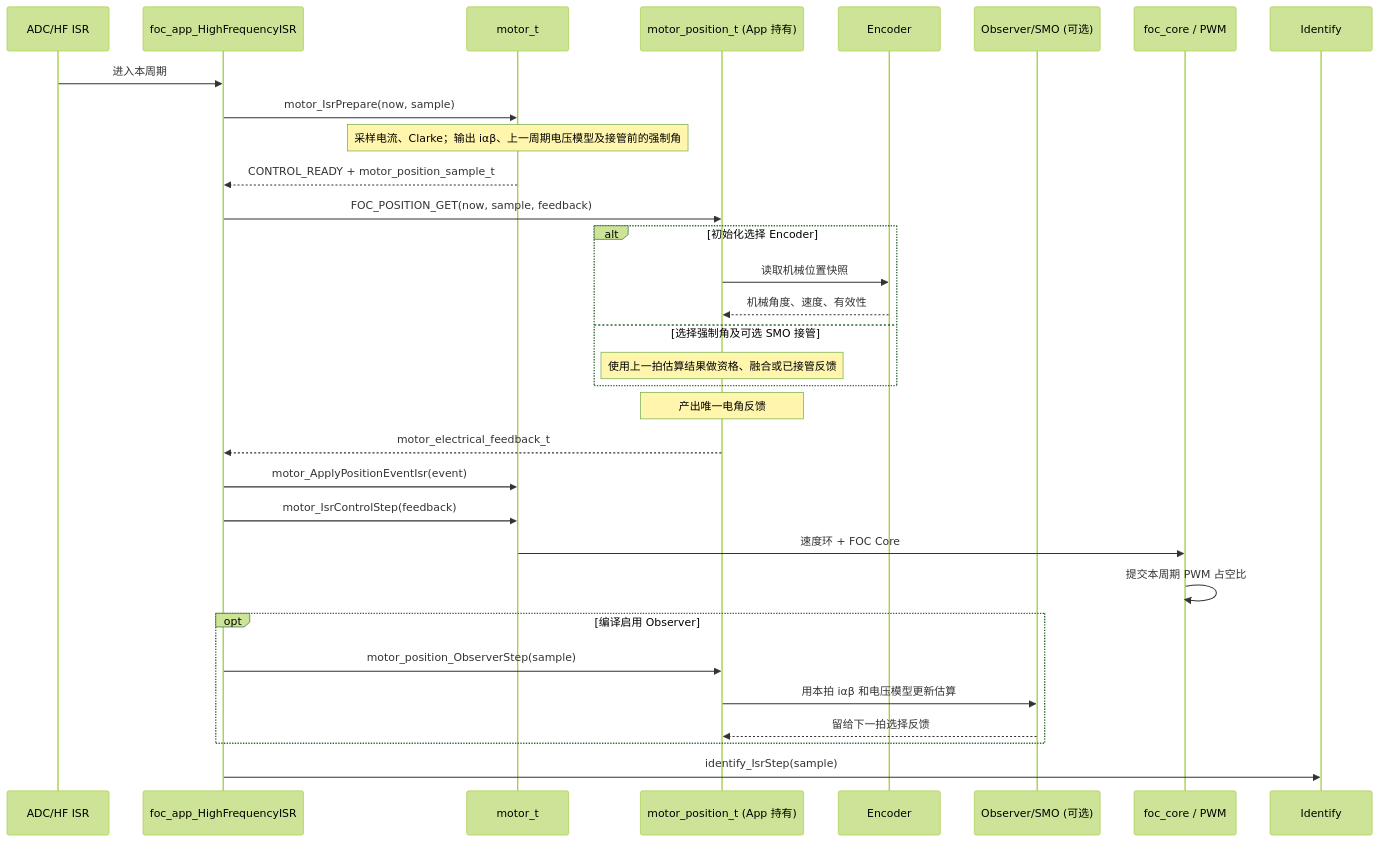
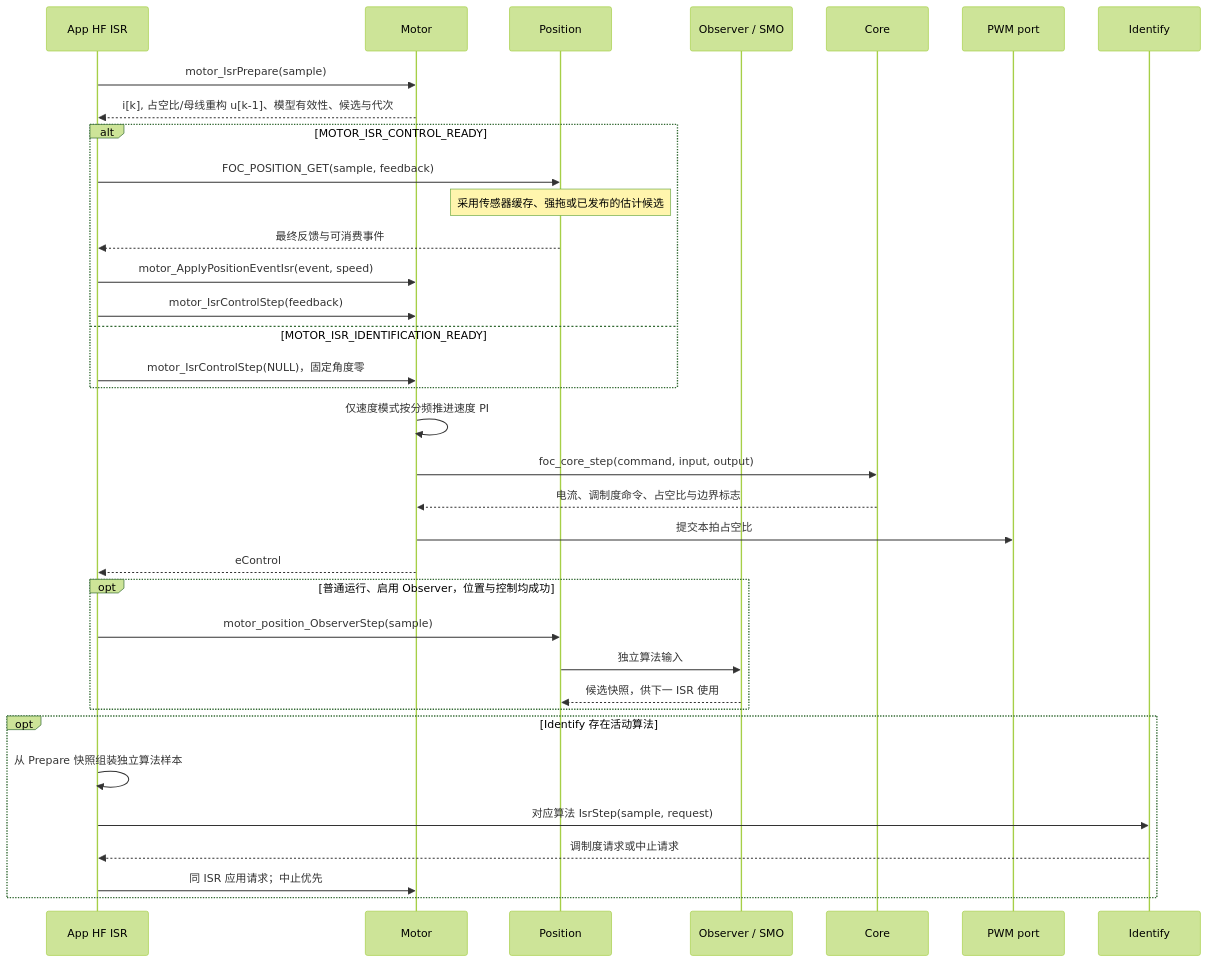
One commit to wyxun/modus_template changed the second of 2 diagrams in foc/docs/foc-architecture.md. Above: the diagram before and after it, drawn with Mermaid (forest theme). The commit also changed other lines of this file and 86 other files, not shown here.

````diff
--- a/foc/docs/foc-architecture.md
+++ b/foc/docs/foc-architecture.md
@@ -23,35 +82,38 @@
 ```mermaid
 sequenceDiagram
-    participant IRQ as ADC/HF ISR
-    participant App as foc_app_HighFrequencyISR
-    participant Motor as motor_t
-    participant Pos as motor_position_t (App 持有)
-    participant Enc as Encoder
-    participant Obs as Observer/SMO (可选)
-    participant Core as foc_core / PWM
+    participant App as App HF ISR
+    participant Motor as Motor
+    participant Pos as Position
+    participant Obs as Observer / SMO
+    participant Core as Core
+    participant Port as PWM port
     participant Id as Identify
 
-    IRQ->>App: 进入本周期
-    App->>Motor: motor_IsrPrepare(now, sample)
-    Note over Motor: 采样电流、Clarke；输出 iαβ、上一周期电压模型及接管前的强制角
-    Motor-->>App: CONTROL_READY + motor_position_sample_t
-    App->>Pos: FOC_POSITION_GET(now, sample, feedback)
-    alt 初始化选择 Encoder
-        Pos->>Enc: 读取机械位置快照
-        Enc-->>Pos: 机械角度、速度、有效性
-    else 选择强制角及可选 SMO 接管
-        Note over Pos: 使用上一拍估算结果做资格、融合或已接管反馈
+    App->>Motor: motor_IsrPrepare(sample)
+    Motor-->>App: i[k], 占空比/母线重构 u[k-1]、模型有效性、候选与代次
+    alt MOTOR_ISR_CONTROL_READY
+        App->>Pos: FOC_POSITION_GET(sample, feedback)
+        Note over Pos: 采用传感器缓存、强拖或已发布的估计候选
+        Pos-->>App: 最终反馈与可消费事件
+        App->>Motor: motor_ApplyPositionEventIsr(event, speed)
+        App->>Motor: motor_IsrControlStep(feedback)
+    else MOTOR_ISR_IDENTIFICATION_READY
+        App->>Motor: motor_IsrControlStep(NULL)，固定角度零
     end
-    Note over Pos: 产出唯一电角反馈
-    Pos-->>App: motor_electrical_feedback_t
-    App->>Motor: motor_ApplyPositionEventIsr(event)
-    App->>Motor: motor_IsrControlStep(feedback)
-    Motor->>Core: 速度环 + FOC Core
-    Core->>Core: 提交本周期 PWM 占空比
-    opt 编译启用 Observer
+    Motor->>Motor: 仅速度模式按分频推进速度 PI
+    Motor->>Core: foc_core_step(command, input, output)
+    Core-->>Motor: 电流、调制度命令、占空比与边界标志
+    Motor->>Port: 提交本拍占空比
+    Motor-->>App: eControl
+    opt 普通运行、启用 Observer，位置与控制均成功
         App->>Pos: motor_position_ObserverStep(sample)
-        Pos->>Obs: 用本拍 iαβ 和电压模型更新估算
-        Obs-->>Pos: 留给下一拍选择反馈
+        Pos->>Obs: 独立算法输入
+        Obs-->>Pos: 候选快照，供下一 ISR 使用
     end
-    App->>Id: identify_IsrStep(sample)
+    opt Identify 存在活动算法
+        App->>App: 从 Prepare 快照组装独立算法样本
+        App->>Id: 对应算法 IsrStep(sample, request)
+        Id-->>App: 调制度请求或中止请求
+        App->>Motor: 同 ISR 应用请求；中止优先
+    end
 ```
````
